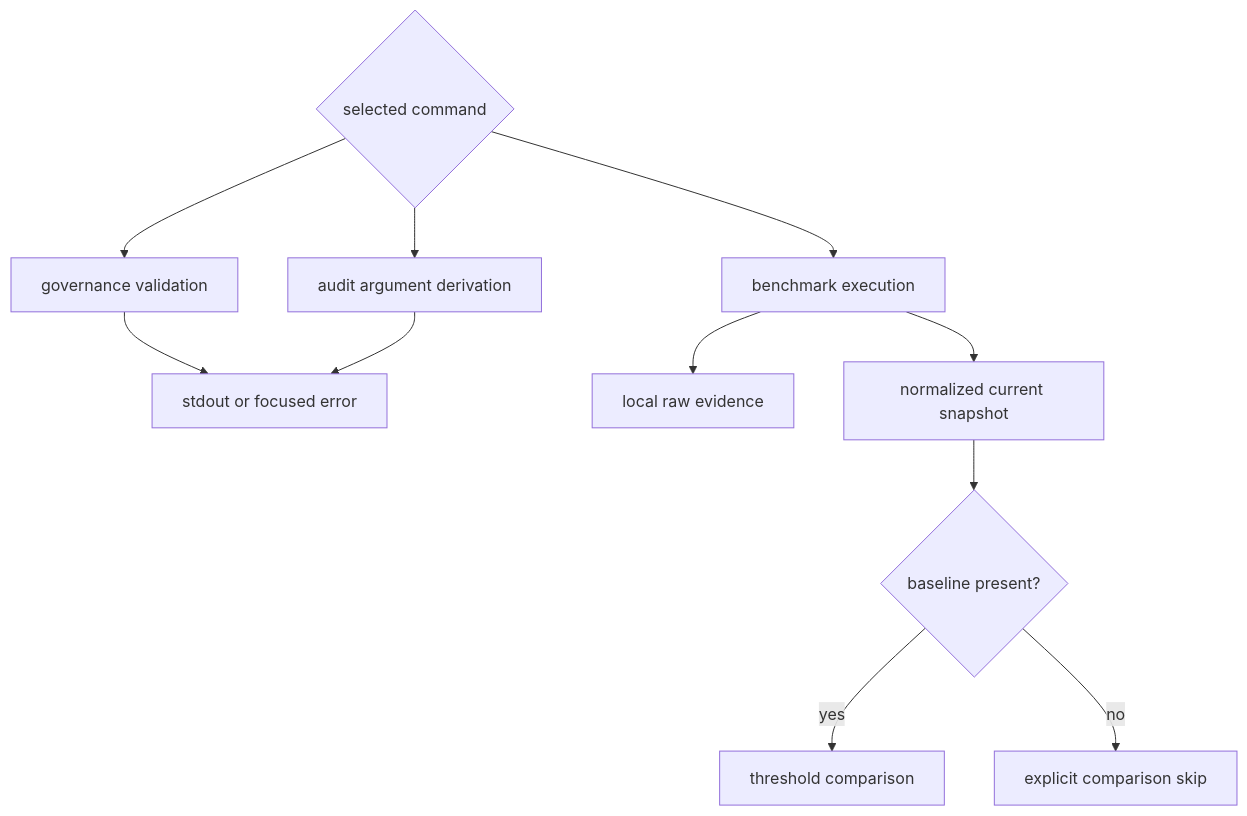
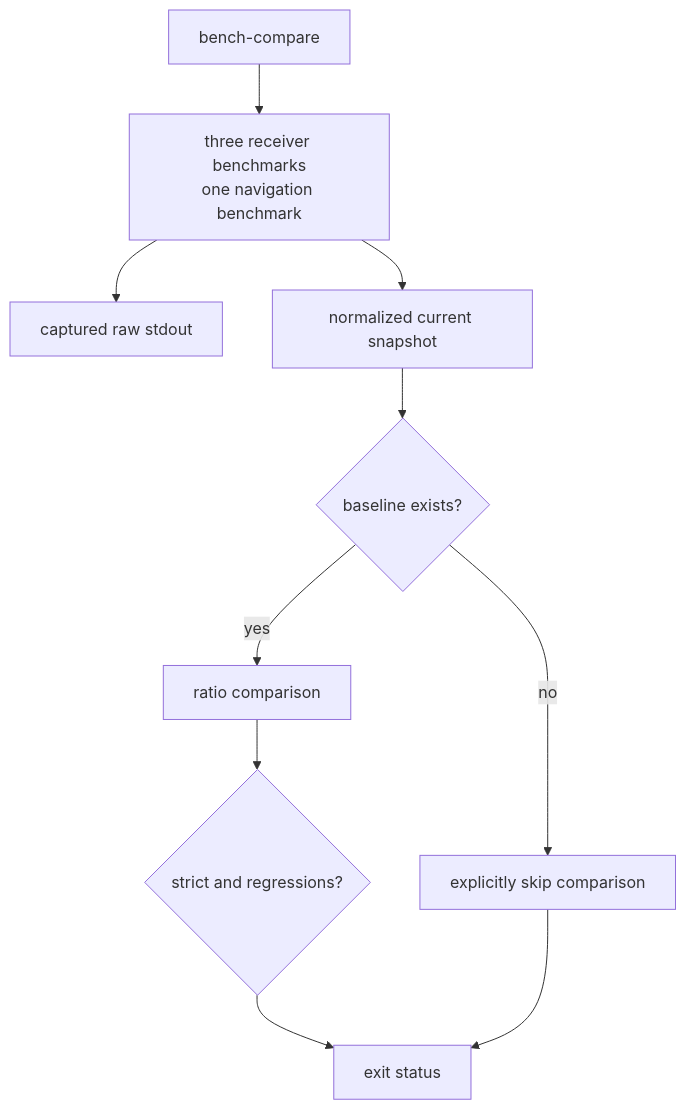
One commit to bijux/bijux-telecom changed the second of 2 diagrams in crates/bijux-gnss-dev/README.md. Above: the diagram before and after it, drawn with Mermaid. The commit also changed other lines of this file and 1 other file, not shown here.

Commit message:
docs(infra): separate product runs from maintenance evidence

````diff
--- a/crates/bijux-gnss-dev/README.md
+++ b/crates/bijux-gnss-dev/README.md
@@ -126,22 +70,19 @@
 ```mermaid
 flowchart TD
-    dispatch{"selected command"}
-    validation["governance validation"]
-    args["audit argument derivation"]
-    benchmark["benchmark execution"]
-    stdout["stdout or focused error"]
-    runlog["local raw evidence"]
-    snapshot["normalized current snapshot"]
-    baseline{"baseline present?"}
-    compare["threshold comparison"]
-    skip["explicit comparison skip"]
+    command["bench-compare"]
+    run["three receiver benchmarks<br/>one navigation benchmark"]
+    raw["captured raw stdout"]
+    current["normalized current snapshot"]
+    baseline{"baseline exists?"}
+    compare["ratio comparison"]
+    skip["explicitly skip comparison"]
+    strict{"strict and regressions?"}
+    result["exit status"]
 
-    dispatch --> validation --> stdout
-    dispatch --> args --> stdout
-    dispatch --> benchmark
-    benchmark --> runlog
-    benchmark --> snapshot
-    snapshot --> baseline
-    baseline -->|yes| compare
-    baseline -->|no| skip
+    command --> run
+    run --> raw
+    run --> current
+    current --> baseline
+    baseline -->|"yes"| compare --> strict --> result
+    baseline -->|"no"| skip --> result
 ```
````
